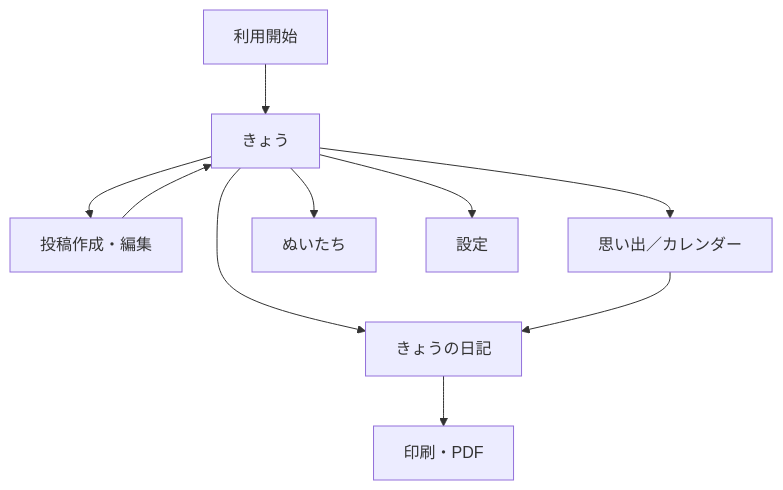
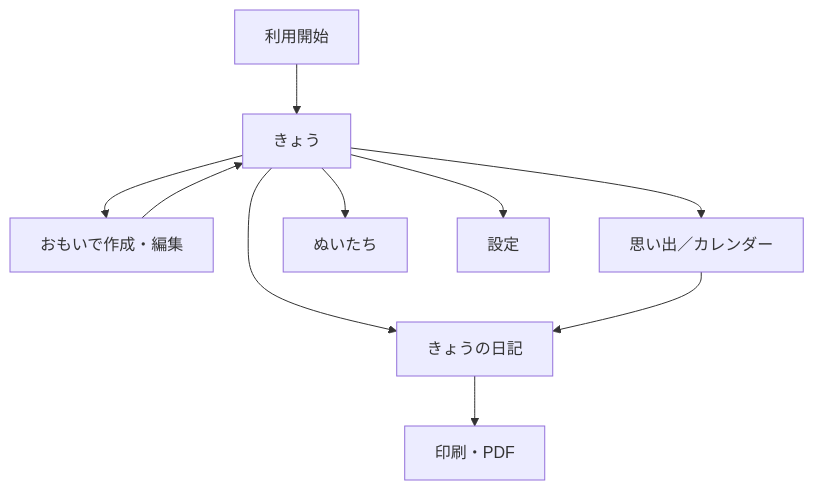
The diagram in docs/requirements/04-screen-requirements.md (utouto/nuito), drawn with Mermaid before and after one commit. The commit also changed other lines of this file and 6 other files, not shown here.

````diff
--- a/docs/requirements/04-screen-requirements.md
+++ b/docs/requirements/04-screen-requirements.md
@@ -30,12 +30,12 @@
 ```mermaid
 flowchart TD
     A[利用開始] --> B[きょう]
-    B --> C[投稿作成・編集]
+    B --> C[おもいで作成・編集]
     C --> B
     B --> D[きょうの日記]
     B --> E[思い出／カレンダー]
     E --> D
     B --> F[ぬいたち]
     B --> G[設定]
     D --> H[印刷・PDF]
 ```
````
